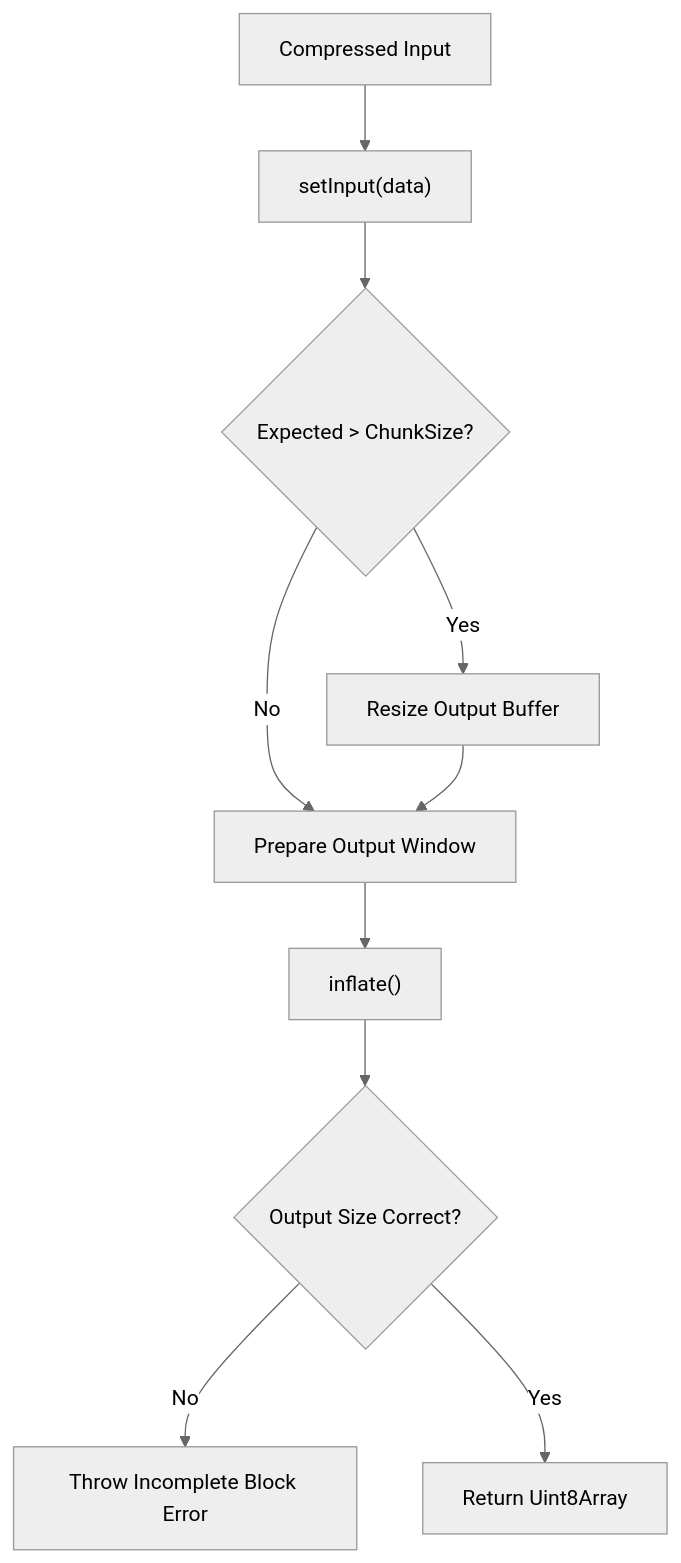
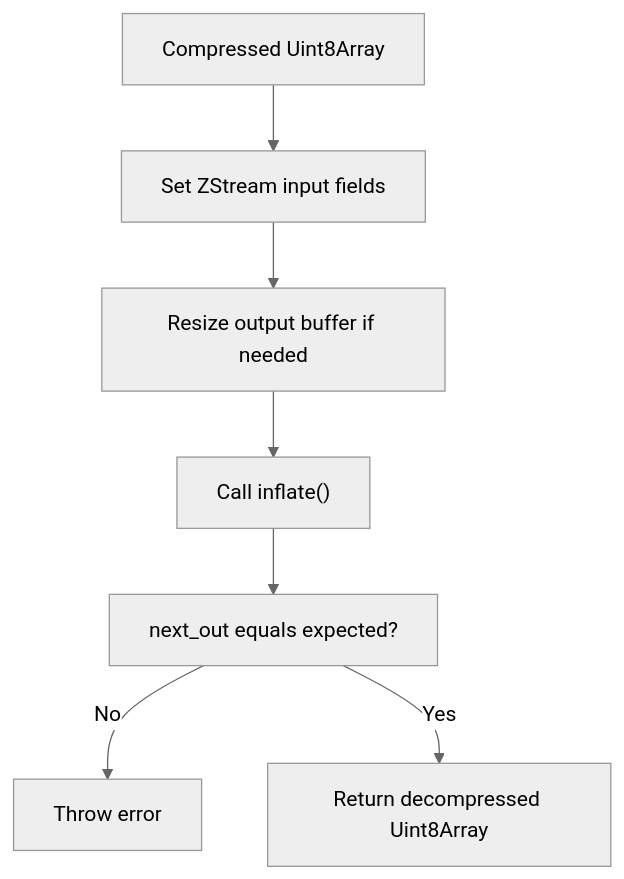
The third of 3 diagrams in docs/reference/architecture/compression/compression.md (Ylianst/MeshCentral), drawn with Mermaid (neutral theme) before and after one commit. The commit also changed other lines of this file and 642 other files, not shown here.

````diff
--- a/docs/reference/architecture/compression/compression.md
+++ b/docs/reference/architecture/compression/compression.md
@@ -128,12 +126,9 @@
 ```mermaid
 flowchart TD
-    Compressed["Compressed Input"] --> SetInput["setInput(data)"]
-    SetInput --> Resize{"Expected > ChunkSize?"}
-    Resize -->|"Yes"| Reallocate["Resize Output Buffer"]
-    Resize -->|"No"| Prepare["Prepare Output Window"]
-    Reallocate --> Prepare
-    Prepare --> InflateCall["inflate()"]
-    InflateCall --> Validate{"Output Size Correct?"}
-    Validate -->|"No"| Error["Throw Incomplete Block Error"]
-    Validate -->|"Yes"| Return["Return Uint8Array"]
+    Input["Compressed Uint8Array"] --> SetInput["Set ZStream input fields"]
+    SetInput --> Resize["Resize output buffer if needed"]
+    Resize --> InflateCall["Call inflate()"]
+    InflateCall --> Validate["next_out equals expected?"]
+    Validate -->|"No"| ErrorNode["Throw error"]
+    Validate -->|"Yes"| ReturnNode["Return decompressed Uint8Array"]
 ```
````
